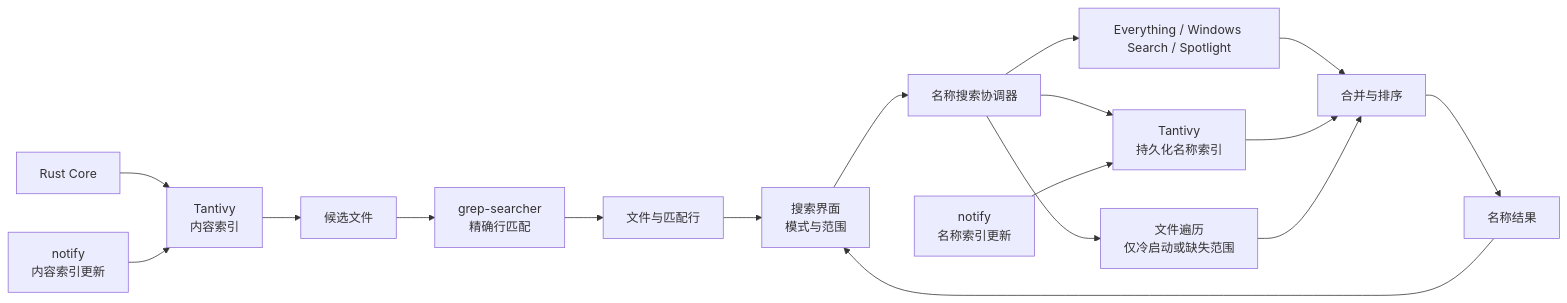
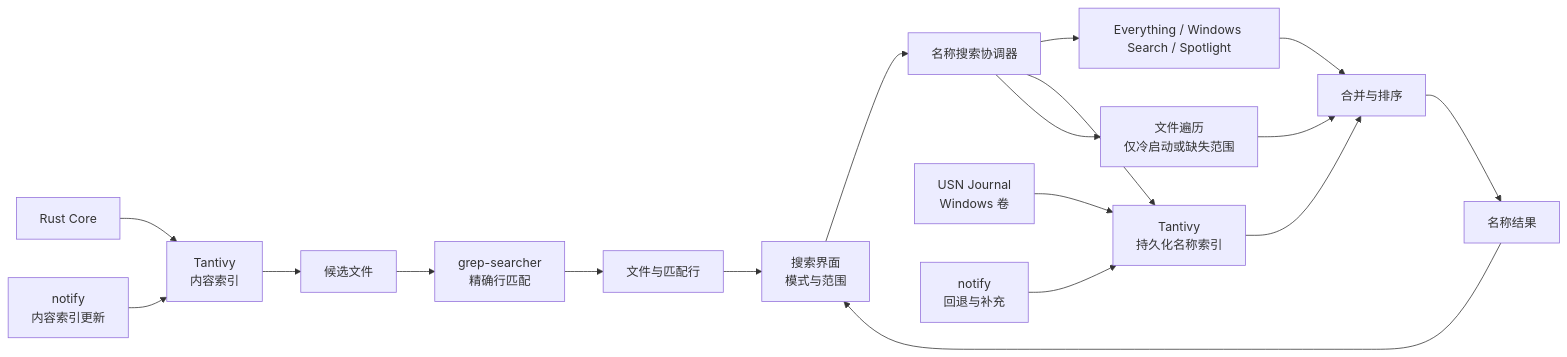
Before and after one commit to wyz541/kite: the diagram in docs/architecture/content-search.md, drawn with Mermaid. The commit also changed other lines of this file and 5 other files, not shown here.

First line of the commit message:
feat: add Windows USN journal index updates

````diff
--- a/docs/architecture/content-search.md
+++ b/docs/architecture/content-search.md
@@ -36,19 +36,20 @@
 ```mermaid
 flowchart LR
     UI[搜索界面<br/>模式与范围] --> COORD[名称搜索协调器]
     COORD --> FAST[Everything / Windows Search / Spotlight]
     COORD --> NAMEIDX[Tantivy<br/>持久化名称索引]
     COORD --> WALK[文件遍历<br/>仅冷启动或缺失范围]
     FAST --> MERGE[合并与排序]
     NAMEIDX --> MERGE
     WALK --> MERGE
-    WATCH1[notify<br/>名称索引更新] --> NAMEIDX
+    WATCH1[USN Journal<br/>Windows 卷] --> NAMEIDX
+    WATCH3[notify<br/>回退与补充] --> NAMEIDX
     MERGE --> NAME[名称结果]
     CORE[Rust Core] --> INDEX[Tantivy<br/>内容索引]
     INDEX --> CANDIDATE[候选文件]
     CANDIDATE --> VERIFY[grep-searcher<br/>精确行匹配]
     WATCH2[notify<br/>内容索引更新] --> INDEX
     VERIFY --> CONTENT[文件与匹配行]
     NAME --> UI
     CONTENT --> UI
 ```
````
